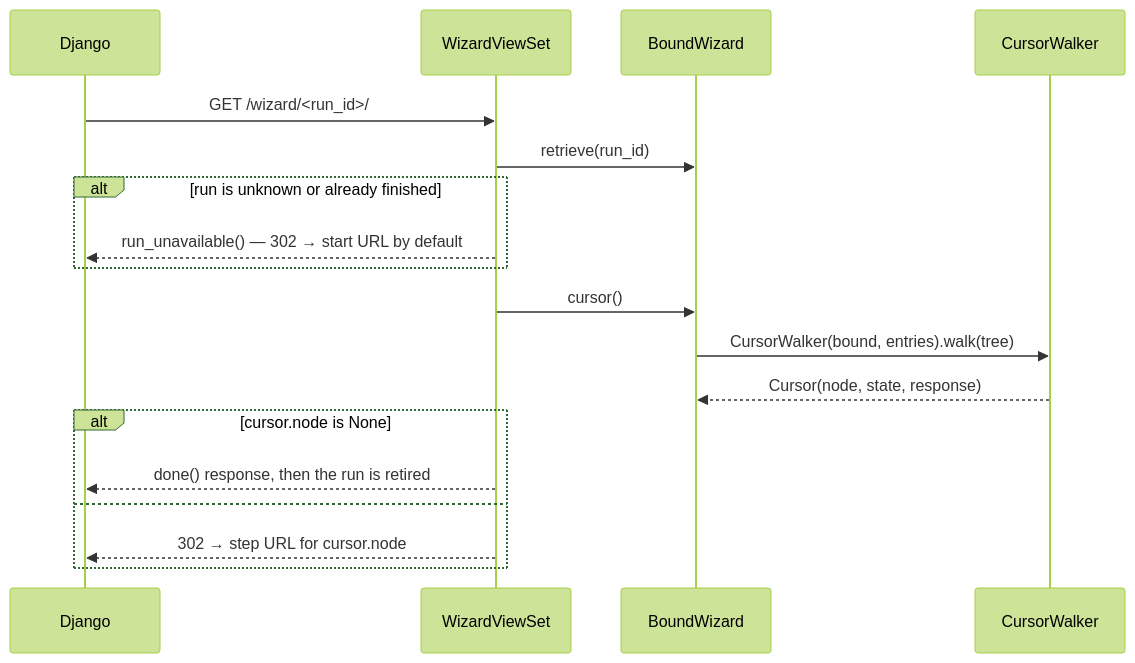
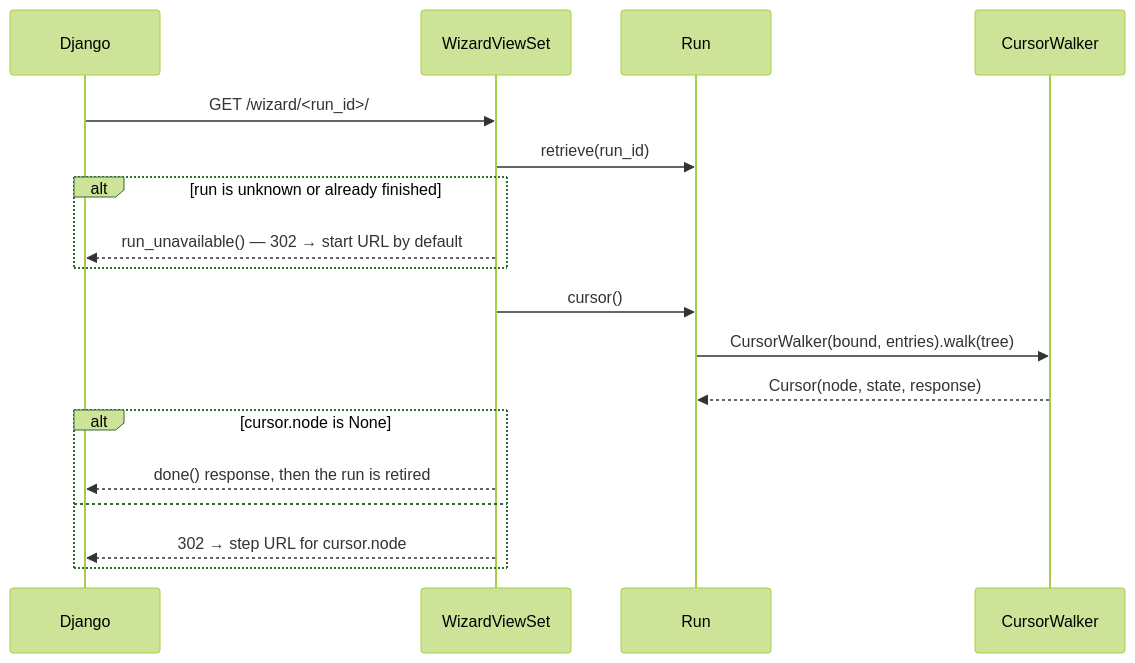
One commit to kevincarrogan/django-gandalf changed the third of 5 diagrams in ARCHITECTURE.md. Above: the diagram before and after it, drawn with Mermaid (forest theme). The commit also changed other lines of this file and 82 other files, not shown here.

First line of the commit message:
Rename BoundWizard to Run, and define chapter 1's four words up front

````diff
--- a/ARCHITECTURE.md
+++ b/ARCHITECTURE.md
@@ -123,21 +123,21 @@
 ```mermaid
 sequenceDiagram
     participant Django
     participant WVS as WizardViewSet
-    participant BW as BoundWizard
+    participant BW as Run
     participant CWK as CursorWalker
 
     Django->>WVS: GET /wizard/<run_id>/
     WVS->>BW: retrieve(run_id)
     alt run is unknown or already finished
         WVS-->>Django: run_unavailable() — 302 → start URL by default
     end
     WVS->>BW: cursor()
     BW->>CWK: CursorWalker(bound, entries).walk(tree)
     CWK-->>BW: Cursor(node, state, response)
     alt cursor.node is None
         WVS-->>Django: done() response, then the run is retired
     else
         WVS-->>Django: 302 → step URL for cursor.node
     end
 ```
````
